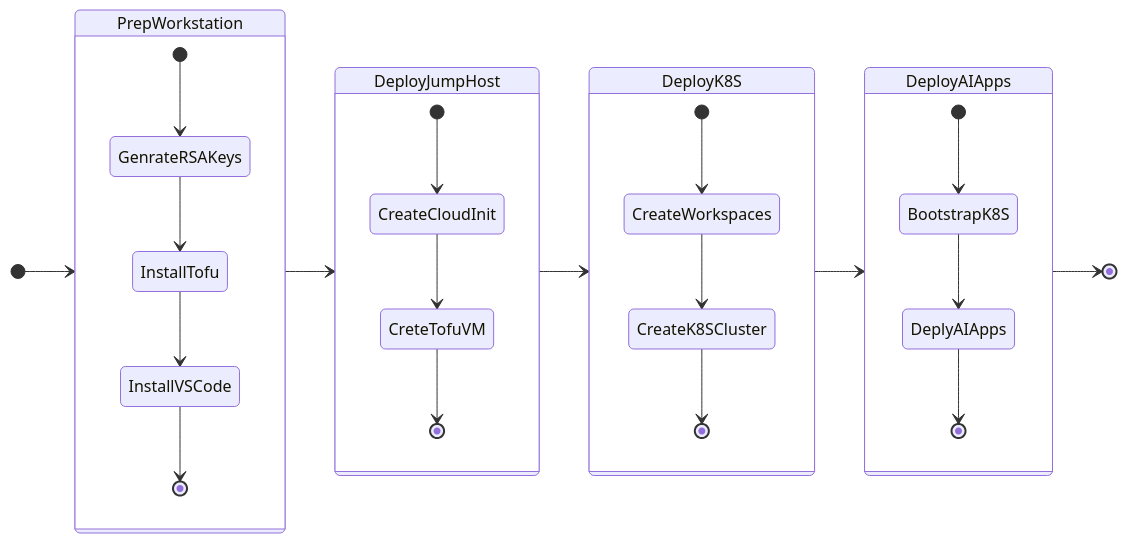
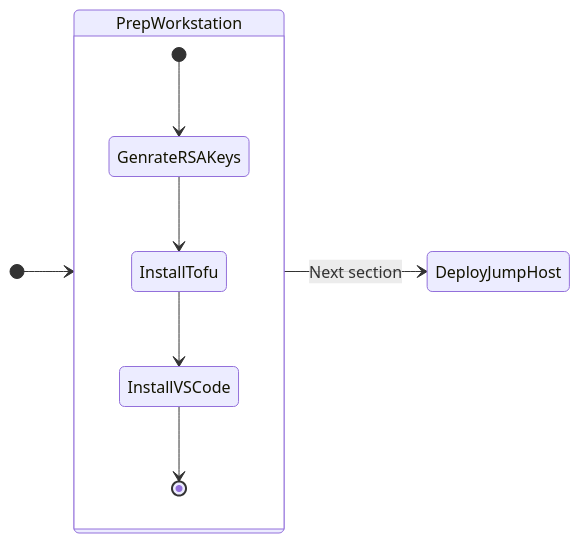
Before and after one commit to nutanix-japan/nai-llm: the diagram in docs/infra/workstation.md, drawn with Mermaid. The commit also changed 4 other files, not shown here.

Commit message:
add: mermaid diagrams to show workflow

````diff
--- a/docs/infra/workstation.md
+++ b/docs/infra/workstation.md
@@ -7,32 +7,14 @@
 ```mermaid
 stateDiagram-v2
     direction LR
     
     state PrepWorkstation {
         [*] --> GenrateRSAKeys
         GenrateRSAKeys --> InstallTofu
         InstallTofu --> InstallVSCode
         InstallVSCode --> [*]
     }
-    state DeployJumpHost {
-        [*] --> CreateCloudInit
-        CreateCloudInit --> CreteTofuVM
-        CreteTofuVM --> [*]
-    }
-    state DeployK8S {
-        [*] --> CreateWorkspaces
-        CreateWorkspaces --> CreateK8SCluster
-        CreateK8SCluster --> [*]
-    }
-    state DeployAIApps {
-        [*] --> BootstrapK8S
-        BootstrapK8S --> DeplyAIApps
-        DeplyAIApps --> [*]
-    }
 
-    [*] --> PrepWorkstation
-    PrepWorkstation --> DeployJumpHost
-    DeployJumpHost --> DeployK8S
-    DeployK8S --> DeployAIApps
-    DeployAIApps --> [*]
+    [*] --> PrepWorkstation 
+    PrepWorkstation --> DeployJumpHost : Next section
 ```
````
